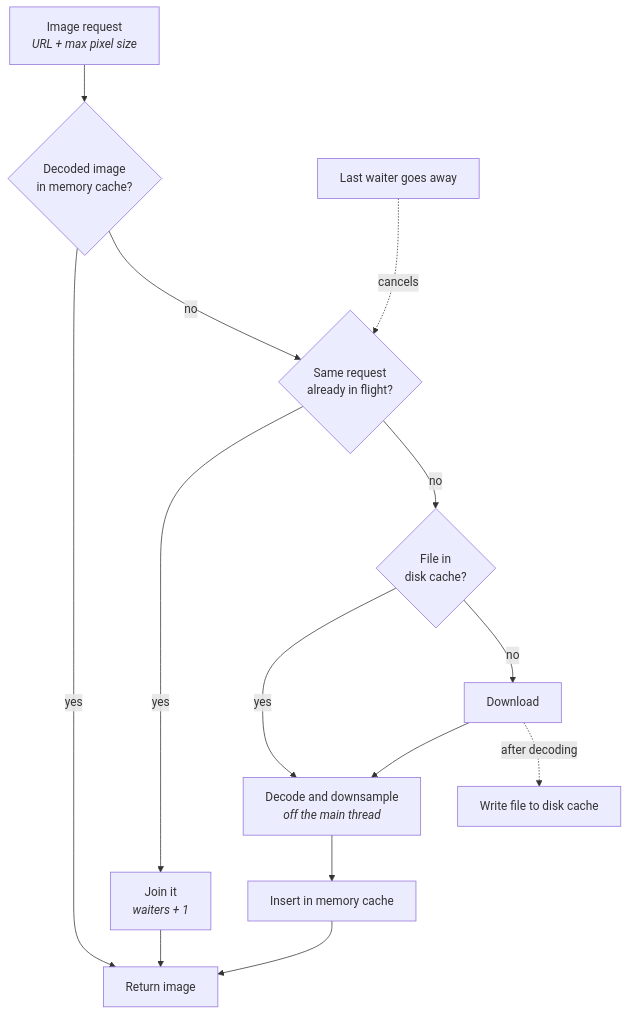
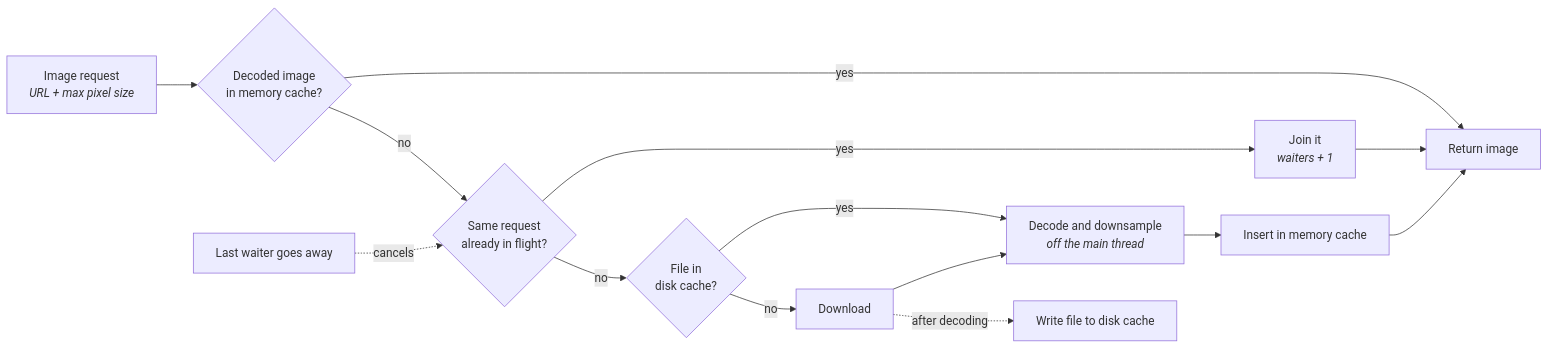
One commit to gdhardcastle/resplash changed the fourth of 4 diagrams in README.md. Above: the diagram before and after it, drawn with Mermaid. The commit also changed other lines of this file, not shown here.

Commit message:
Lay the view hierarchy and image pipeline diagrams out horizontally

````diff
--- a/README.md
+++ b/README.md
@@ -101,13 +101,13 @@
 ```mermaid
-flowchart TD
+flowchart LR
     Req["Image request<br/><i>URL + max pixel size</i>"] --> Mem{"Decoded image<br/>in memory cache?"}
     Mem -- yes --> Done["Return image"]
     Mem -- no --> Fly{"Same request<br/>already in flight?"}
     Fly -- yes --> Join["Join it<br/><i>waiters + 1</i>"] --> Done
     Fly -- no --> Disk{"File in<br/>disk cache?"}
     Disk -- yes --> Dec["Decode and downsample<br/><i>off the main thread</i>"]
     Disk -- no --> Net["Download"] --> Dec
     Net -. "after decoding" .-> Store["Write file to disk cache"]
     Dec --> Put["Insert in memory cache"] --> Done
     Gone["Last waiter goes away"] -. cancels .-> Fly
 ```
````
